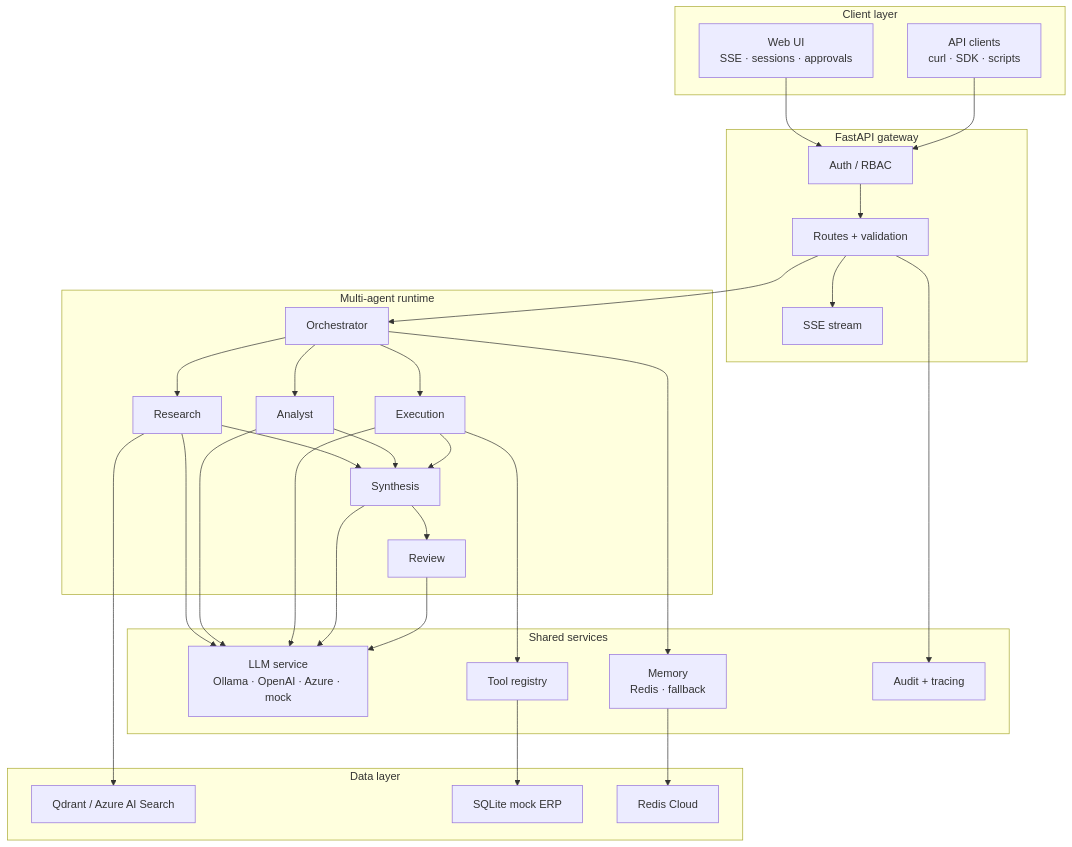
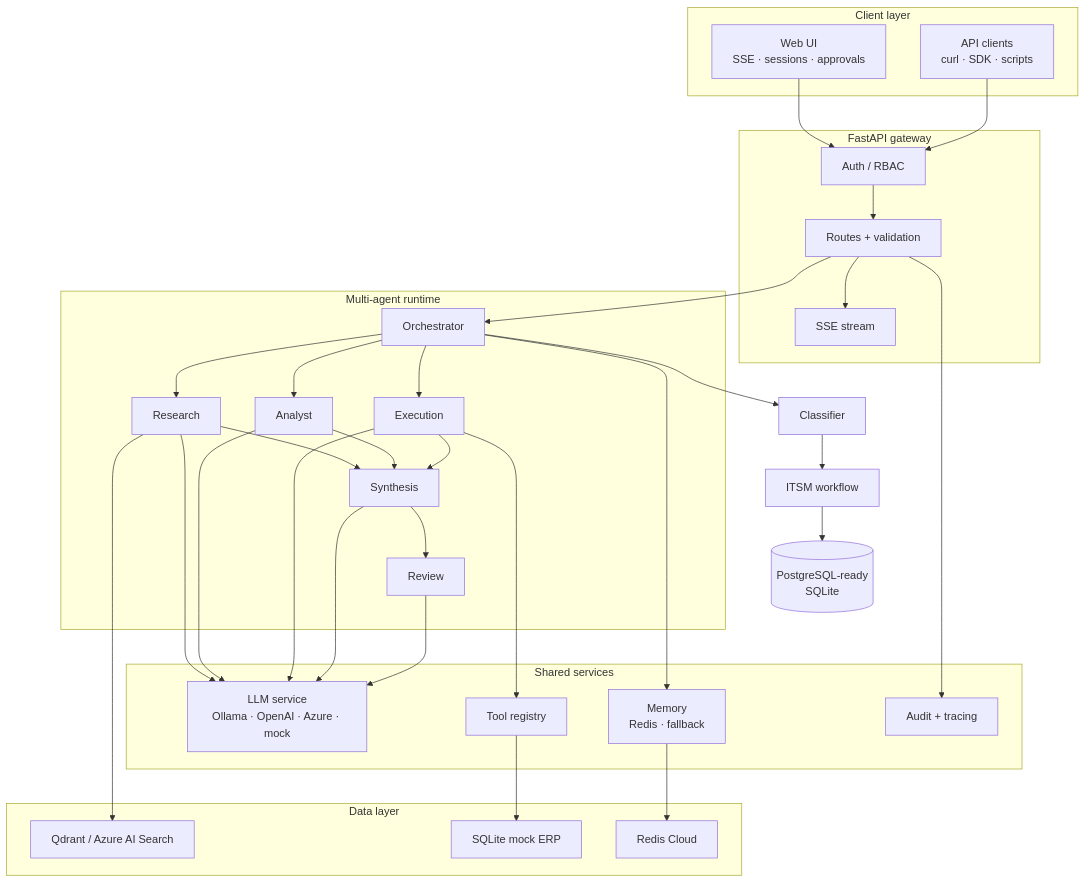
The first of 3 diagrams in docs/ARCHITECTURE.md (PrathamWankhade/Multi-agent-Enterprise-Assistant), drawn with Mermaid before and after one commit. The commit also changed other lines of this file and 29 other files, not shown here.

````diff
--- a/docs/ARCHITECTURE.md
+++ b/docs/ARCHITECTURE.md
@@ -9,49 +9,52 @@
 ```mermaid
 flowchart TB
     subgraph Clients["Client layer"]
         UI["Web UI<br/>SSE · sessions · approvals"]
         API_CLIENT["API clients<br/>curl · SDK · scripts"]
     end
 
     subgraph Gateway["FastAPI gateway"]
         AUTH["Auth / RBAC"]
         ROUTES["Routes + validation"]
         SSE["SSE stream"]
     end
 
     subgraph Agents["Multi-agent runtime"]
         ORCH["Orchestrator"]
         RES["Research"]
         ANA["Analyst"]
         EXE["Execution"]
         SYN["Synthesis"]
         REV["Review"]
     end
 
     subgraph Shared["Shared services"]
         LLM["LLM service<br/>Ollama · OpenAI · Azure · mock"]
         MEM["Memory<br/>Redis · fallback"]
         TOOLS["Tool registry"]
         AUDIT["Audit + tracing"]
     end
 
     subgraph Data["Data layer"]
         QDRANT["Qdrant / Azure AI Search"]
         SQLITE["SQLite mock ERP"]
         REDIS["Redis Cloud"]
     end
 
     UI --> AUTH
     API_CLIENT --> AUTH
     AUTH --> ROUTES
     ROUTES --> ORCH
     ROUTES --> SSE
     ORCH --> RES & ANA & EXE
+    ORCH --> CLS[Classifier]
+    CLS --> ITSM[ITSM workflow]
+    ITSM --> DB2[(PostgreSQL-ready<br/>SQLite)]
     RES & ANA & EXE --> SYN --> REV
     RES & ANA & EXE & SYN & REV --> LLM
     ORCH --> MEM
     EXE --> TOOLS --> SQLITE
     RES --> QDRANT
     MEM --> REDIS
     ROUTES --> AUDIT
 ```
````
